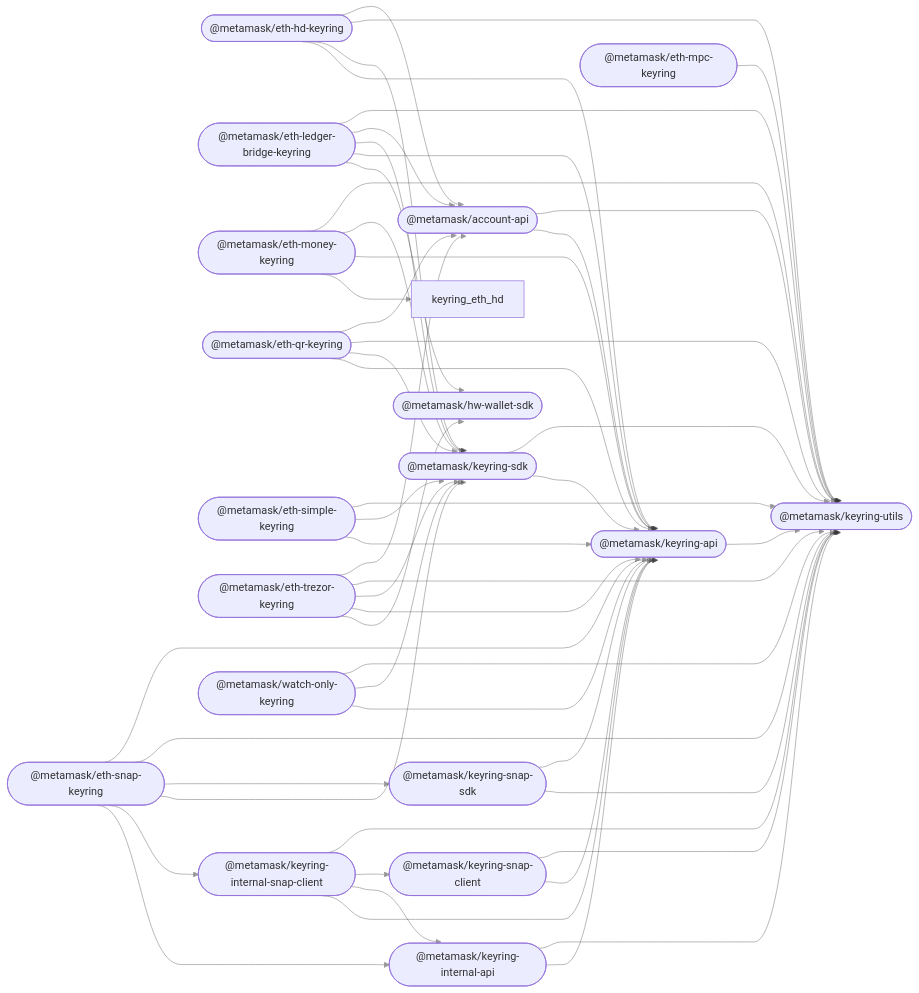
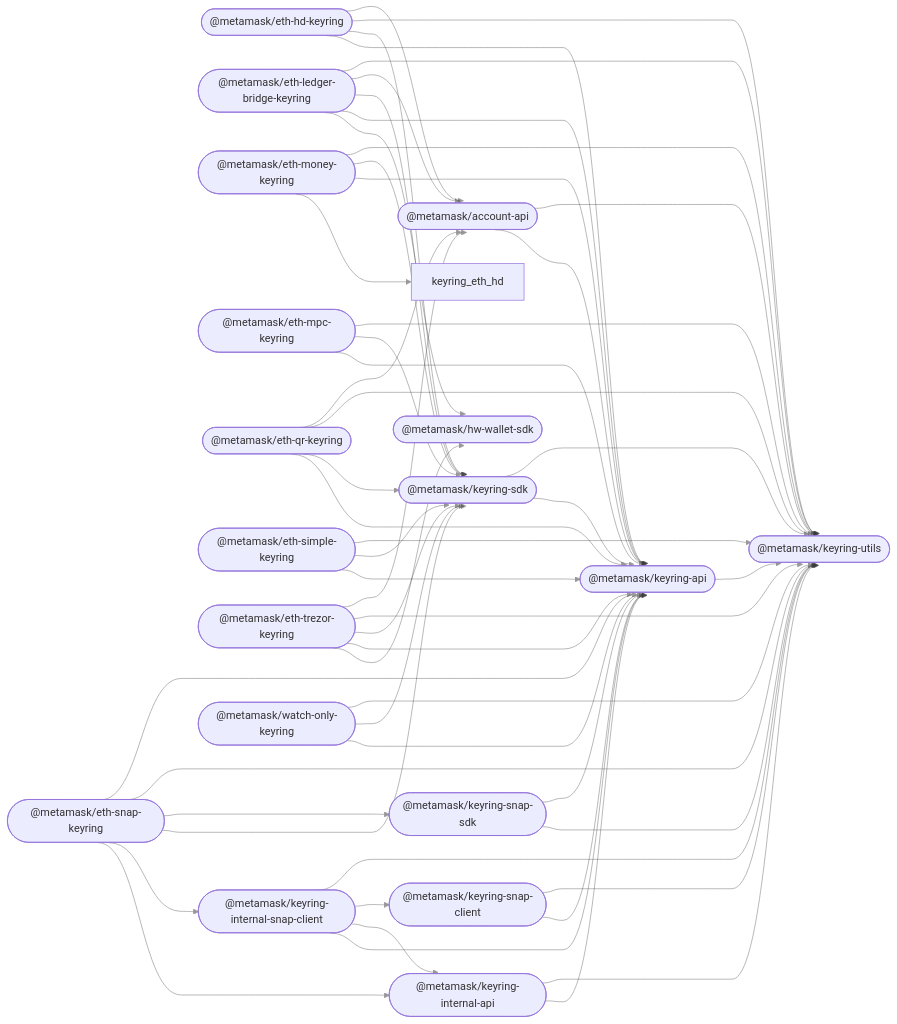
Before and after one commit to MetaMask/accounts: the diagram in README.md, drawn with Mermaid. The commit also changed 12 other files, not shown here.

Commit message:
feat: add MPC keyring v2 support

````diff
--- a/README.md
+++ b/README.md
@@ -46,73 +46,75 @@
 ```mermaid
 %%{ init: { 'flowchart': { 'curve': 'bumpX' } } }%%
 graph LR;
 linkStyle default opacity:0.5
   account_api(["@metamask/account-api"]);
   hw_wallet_sdk(["@metamask/hw-wallet-sdk"]);
   keyring_api(["@metamask/keyring-api"]);
   eth_hd_keyring(["@metamask/eth-hd-keyring"]);
   eth_ledger_bridge_keyring(["@metamask/eth-ledger-bridge-keyring"]);
   eth_money_keyring(["@metamask/eth-money-keyring"]);
   eth_mpc_keyring(["@metamask/eth-mpc-keyring"]);
   eth_qr_keyring(["@metamask/eth-qr-keyring"]);
   eth_simple_keyring(["@metamask/eth-simple-keyring"]);
   eth_trezor_keyring(["@metamask/eth-trezor-keyring"]);
   keyring_internal_api(["@metamask/keyring-internal-api"]);
   keyring_internal_snap_client(["@metamask/keyring-internal-snap-client"]);
   keyring_sdk(["@metamask/keyring-sdk"]);
   eth_snap_keyring(["@metamask/eth-snap-keyring"]);
   keyring_snap_client(["@metamask/keyring-snap-client"]);
   keyring_snap_sdk(["@metamask/keyring-snap-sdk"]);
   keyring_utils(["@metamask/keyring-utils"]);
   watch_only_keyring(["@metamask/watch-only-keyring"]);
   account_api --> keyring_api;
   account_api --> keyring_utils;
   keyring_api --> keyring_utils;
   eth_hd_keyring --> keyring_api;
   eth_hd_keyring --> keyring_sdk;
   eth_hd_keyring --> keyring_utils;
   eth_hd_keyring --> account_api;
   eth_ledger_bridge_keyring --> hw_wallet_sdk;
   eth_ledger_bridge_keyring --> keyring_api;
   eth_ledger_bridge_keyring --> keyring_sdk;
   eth_ledger_bridge_keyring --> account_api;
   eth_ledger_bridge_keyring --> keyring_utils;
   eth_money_keyring --> keyring_eth_hd;
   eth_money_keyring --> keyring_api;
   eth_money_keyring --> keyring_sdk;
   eth_money_keyring --> keyring_utils;
+  eth_mpc_keyring --> keyring_api;
+  eth_mpc_keyring --> keyring_sdk;
   eth_mpc_keyring --> keyring_utils;
   eth_qr_keyring --> keyring_api;
   eth_qr_keyring --> keyring_sdk;
   eth_qr_keyring --> keyring_utils;
   eth_qr_keyring --> account_api;
   eth_simple_keyring --> keyring_api;
   eth_simple_keyring --> keyring_sdk;
   eth_simple_keyring --> keyring_utils;
   eth_trezor_keyring --> hw_wallet_sdk;
   eth_trezor_keyring --> keyring_api;
   eth_trezor_keyring --> keyring_sdk;
   eth_trezor_keyring --> keyring_utils;
   eth_trezor_keyring --> account_api;
   keyring_internal_api --> keyring_api;
   keyring_internal_api --> keyring_utils;
   keyring_internal_snap_client --> keyring_api;
   keyring_internal_snap_client --> keyring_internal_api;
   keyring_internal_snap_client --> keyring_snap_client;
   keyring_internal_snap_client --> keyring_utils;
   keyring_sdk --> keyring_api;
   keyring_sdk --> keyring_utils;
   eth_snap_keyring --> keyring_internal_api;
   eth_snap_keyring --> keyring_internal_snap_client;
   eth_snap_keyring --> keyring_sdk;
   eth_snap_keyring --> keyring_snap_sdk;
   eth_snap_keyring --> keyring_utils;
   eth_snap_keyring --> keyring_api;
   keyring_snap_client --> keyring_api;
   keyring_snap_client --> keyring_utils;
   keyring_snap_sdk --> keyring_utils;
   keyring_snap_sdk --> keyring_api;
   watch_only_keyring --> keyring_api;
   watch_only_keyring --> keyring_sdk;
   watch_only_keyring --> keyring_utils;
 ```
````
